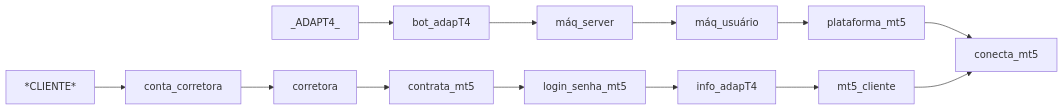
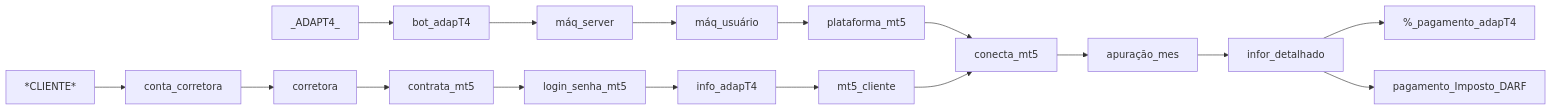
One commit to viniciusdantasdc/Adapt4_invest changed the diagram in README.md. Above: the diagram before and after it, drawn with Mermaid.

````diff
--- a/README.md
+++ b/README.md
@@ -22,18 +22,23 @@
 ```mermaid
 graph LR;
 _ADAPT4_ --> bot_adapT4;
 bot_adapT4 --> máq_server;
 máq_server --> máq_usuário;
 máq_usuário --> plataforma_mt5;
 plataforma_mt5 --> conecta_mt5;
 
 *CLIENTE* --> conta_corretora;
 conta_corretora --> corretora;
 corretora--> contrata_mt5;
 contrata_mt5 --> login_senha_mt5;
 login_senha_mt5 --> info_adapT4;
 info_adapT4 --> mt5_cliente;
 mt5_cliente --> conecta_mt5;
 
+conecta_mt5 --> apuração_mes;
+apuração_mes --> infor_detalhado;
+infor_detalhado --> %_pagamento_adapT4;
+infor_detalhado --> pagamento_Imposto_DARF;
+
 
 ```
````
